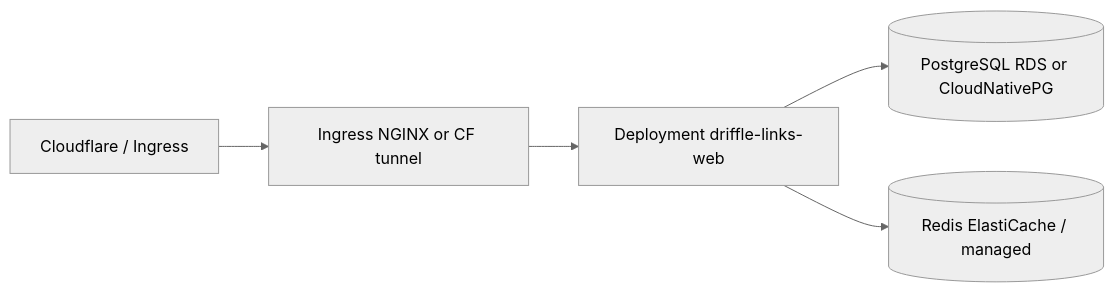
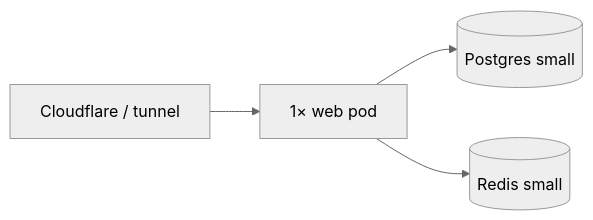
Before and after one commit to Driffle/Url-shortner: the diagram in docs/KUBERNETES-CAPACITY.md, drawn with Mermaid (neutral theme). The commit also changed other lines of this file, not shown here.

````diff
--- a/docs/KUBERNETES-CAPACITY.md
+++ b/docs/KUBERNETES-CAPACITY.md
@@ -23,7 +22,6 @@
 ```mermaid
 flowchart LR
-  CF[Cloudflare / Ingress] --> ING[Ingress NGINX or CF tunnel]
-  ING --> WEB[Deployment driffle-links-web]
-  WEB --> PG[(PostgreSQL RDS or CloudNativePG)]
-  WEB --> RD[(Redis ElastiCache / managed)]
+  CF[Cloudflare / tunnel] --> WEB[1× web pod]
+  WEB --> PG[(Postgres small)]
+  WEB --> RD[(Redis small)]
 ```
````
